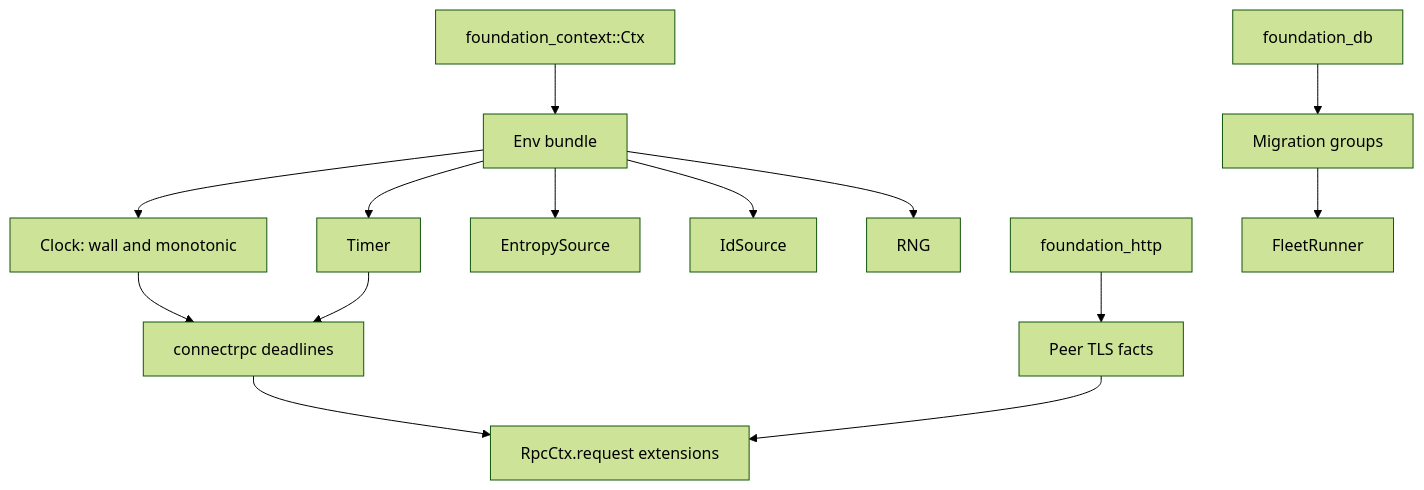
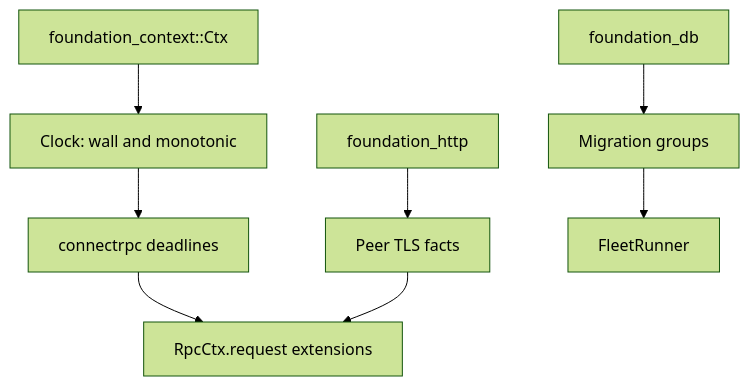
The diagram in specifications/80-platform-prerequisites/requirements.md (ewe-studios/ewe_platform), drawn with Mermaid (forest theme) before and after one commit. The commit also changed other lines of this file and 66 other files, not shown here.

````diff
--- a/specifications/80-platform-prerequisites/requirements.md
+++ b/specifications/80-platform-prerequisites/requirements.md
@@ -106,16 +110,10 @@
 ```mermaid
 graph TD
-    CTX[foundation_context::Ctx] --> ENV[Env bundle]
-    ENV --> CLK[Clock: wall and monotonic]
-    ENV --> TMR[Timer]
-    ENV --> ENT[EntropySource]
-    ENV --> IDS[IdSource]
-    ENV --> RNG[RNG]
+    CTX[foundation_context::Ctx] --> CLK[Clock: wall and monotonic]
     CLK --> CONN[connectrpc deadlines]
-    TMR --> CONN
     CONN --> RPC[RpcCtx.request extensions]
     HTTP[foundation_http] --> PEER[Peer TLS facts]
     PEER --> RPC
     DB[foundation_db] --> MG[Migration groups]
     MG --> FLEET[FleetRunner]
 ```
````
